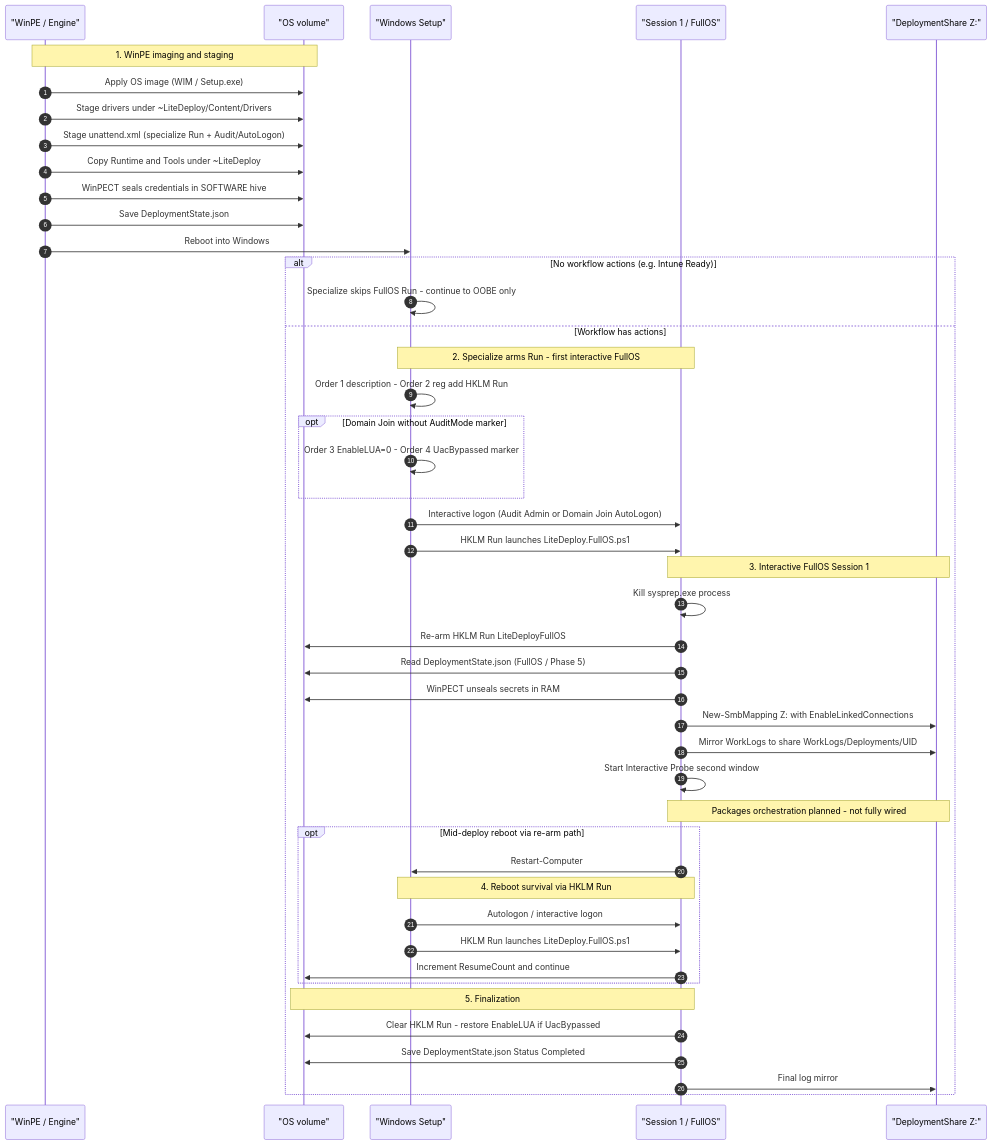
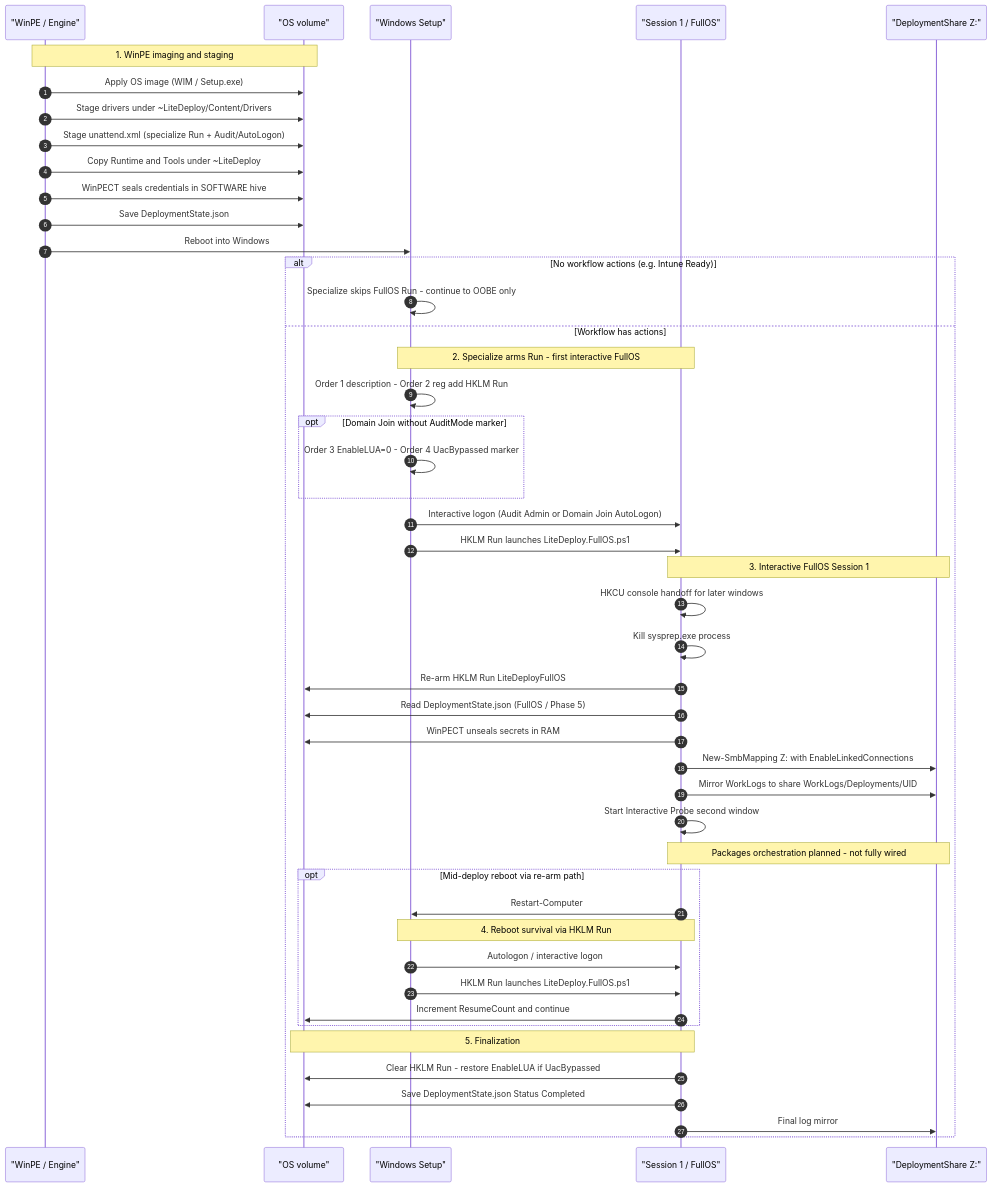
Before and after one commit to cmartineztech/LiteDeploy.Core: the first of 6 diagrams in _Docs/architecture/LITEDEPLOY_DEPLOYMENT_DIAGRAM.md, drawn with Mermaid. The commit also changed other lines of this file and 9 other files, not shown here.

Commit message:
Document the edition title rule and the FullOS console handoff in the live guides.

````diff
--- a/_Docs/architecture/LITEDEPLOY_DEPLOYMENT_DIAGRAM.md
+++ b/_Docs/architecture/LITEDEPLOY_DEPLOYMENT_DIAGRAM.md
@@ -29,53 +30,54 @@
 ```mermaid
 sequenceDiagram
     autonumber
     participant PE as "WinPE / Engine"
     participant OSVol as "OS volume"
     participant WSetup as "Windows Setup"
     participant Admin as "Session 1 / FullOS"
     participant Share as "DeploymentShare Z:"
 
     Note over PE,OSVol: 1. WinPE imaging and staging
     PE->>OSVol: Apply OS image (WIM / Setup.exe)
     PE->>OSVol: Stage drivers under ~LiteDeploy/Content/Drivers
     PE->>OSVol: Stage unattend.xml (specialize Run + Audit/AutoLogon)
     PE->>OSVol: Copy Runtime and Tools under ~LiteDeploy
     PE->>OSVol: WinPECT seals credentials in SOFTWARE hive
     PE->>OSVol: Save DeploymentState.json
     PE->>WSetup: Reboot into Windows
 
     alt No workflow actions (e.g. Intune Ready)
         WSetup->>WSetup: Specialize skips FullOS Run - continue to OOBE only
     else Workflow has actions
         Note over WSetup,Admin: 2. Specialize arms Run - first interactive FullOS
         WSetup->>WSetup: Order 1 description - Order 2 reg add HKLM Run
         opt Domain Join without AuditMode marker
             WSetup->>WSetup: Order 3 EnableLUA=0 - Order 4 UacBypassed marker
         end
         WSetup->>Admin: Interactive logon (Audit Admin or Domain Join AutoLogon)
         WSetup->>Admin: HKLM Run launches LiteDeploy.FullOS.ps1
 
         Note over Admin,Share: 3. Interactive FullOS Session 1
+        Admin->>Admin: HKCU console handoff for later windows
         Admin->>Admin: Kill sysprep.exe process
         Admin->>OSVol: Re-arm HKLM Run LiteDeployFullOS
         Admin->>OSVol: Read DeploymentState.json (FullOS / Phase 5)
         Admin->>OSVol: WinPECT unseals secrets in RAM
         Admin->>Share: New-SmbMapping Z: with EnableLinkedConnections
         Admin->>Share: Mirror WorkLogs to share WorkLogs/Deployments/UID
         Admin->>Admin: Start Interactive Probe second window
         Note over Admin,Share: Packages orchestration planned - not fully wired
 
         opt Mid-deploy reboot via re-arm path
             Admin->>WSetup: Restart-Computer
             Note over WSetup,Admin: 4. Reboot survival via HKLM Run
             WSetup->>Admin: Autologon / interactive logon
             WSetup->>Admin: HKLM Run launches LiteDeploy.FullOS.ps1
             Admin->>OSVol: Increment ResumeCount and continue
         end
 
         Note over Admin,OSVol: 5. Finalization
         Admin->>OSVol: Clear HKLM Run - restore EnableLUA if UacBypassed
         Admin->>OSVol: Save DeploymentState.json Status Completed
         Admin->>Share: Final log mirror
     end
 ```
````
